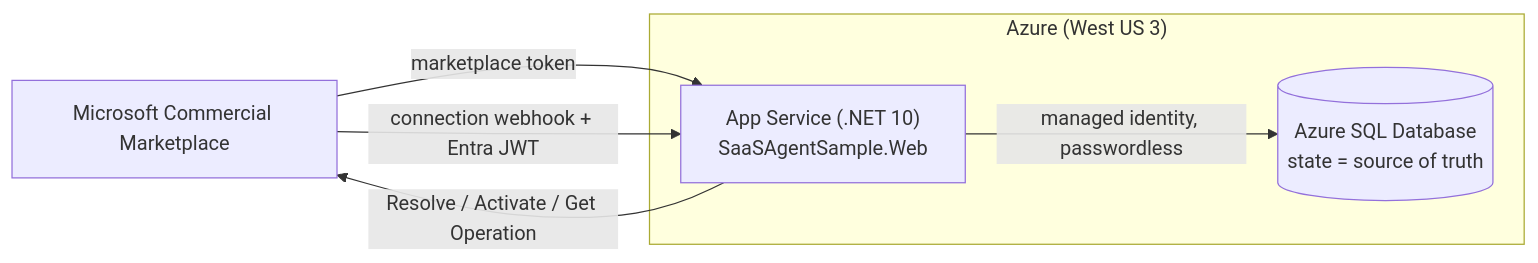
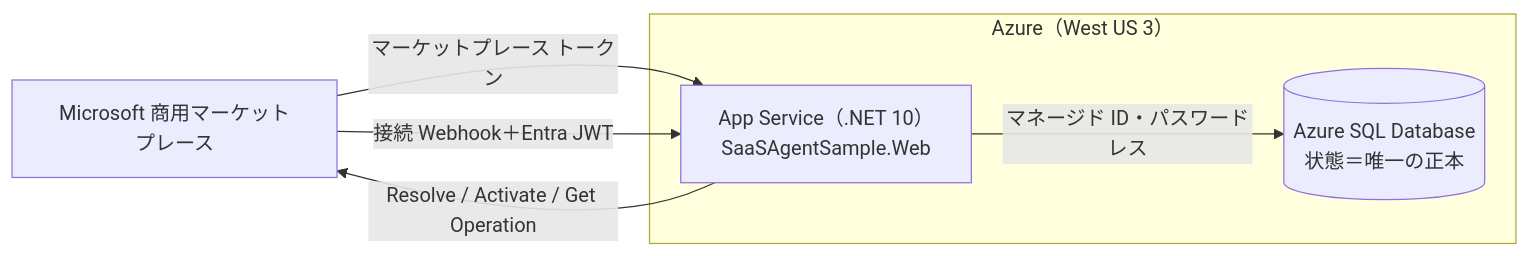
Before and after one commit to MamoruKuroda/marketplace-saas-agent-sample: the diagram in docs/deploy.ja.md, drawn with Mermaid. The commit also changed 2 other files, not shown here.

Commit message:
docs(ja): localize Mermaid diagram labels into natural Japanese (#22)
The Japanese README and docs reused the English diagram labels. Translate the
Mermaid node/edge labels into natural Japanese so Japanese readers get fully
localized diagrams. English docs are unchanged.

- README.ja.md: architecture diagram.
- docs/walkthrough.ja.md: buyer journey, publisher journey, subscription-state
  diagram (state IDs kept as the code enum values; only transition labels
  translated), and call-direction diagram.
- docs/deploy.ja.md: Azure topology diagram.

Validated all 12 Mermaid blocks in the repo (6 English unchanged + 6 localized
Japanese) by rendering with @mermaid-js/mermaid-cli; all render.

Docs-only; no source or dependency changes.

Copilot-Session: 70ddc25f-f014-4ddd-88c2-395a400b1977

````diff
--- a/docs/deploy.ja.md
+++ b/docs/deploy.ja.md
@@ -17,12 +17,12 @@
 ```mermaid
 flowchart LR
-    MP["Microsoft Commercial Marketplace"]
-    subgraph AZ["Azure (West US 3)"]
-        APP["App Service (.NET 10)<br/>SaaSAgentSample.Web"]
-        SQL[("Azure SQL Database<br/>state = source of truth")]
+    MP["Microsoft 商用マーケットプレース"]
+    subgraph AZ["Azure（West US 3）"]
+        APP["App Service（.NET 10）<br/>SaaSAgentSample.Web"]
+        SQL[("Azure SQL Database<br/>状態＝唯一の正本")]
     end
-    MP -->|marketplace token| APP
-    APP -->|Resolve / Activate / Get Operation| MP
-    MP -->|connection webhook + Entra JWT| APP
-    APP -->|managed identity, passwordless| SQL
+    MP -->|"マーケットプレース トークン"| APP
+    APP -->|"Resolve / Activate / Get Operation"| MP
+    MP -->|"接続 Webhook＋Entra JWT"| APP
+    APP -->|"マネージド ID・パスワードレス"| SQL
 ```
````
